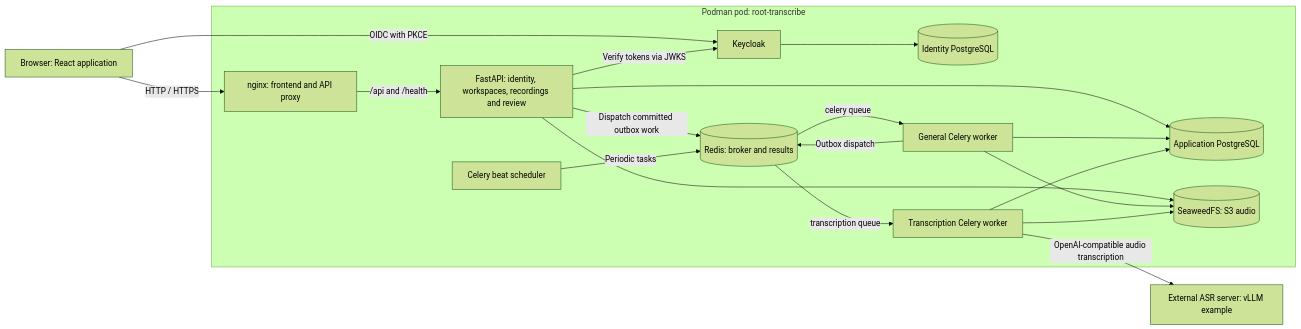
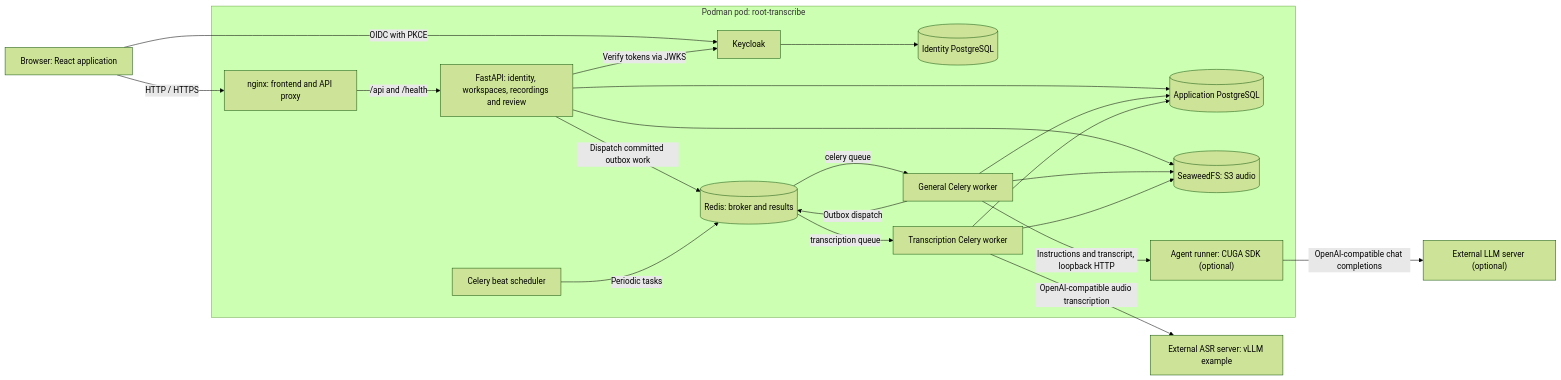
Before and after one commit to pgustafs/root-transcribe: the first of 3 diagrams in ARCHITECTURE.md, drawn with Mermaid (forest theme). The commit also changed other lines of this file and 57 other files, not shown here.

````diff
--- a/ARCHITECTURE.md
+++ b/ARCHITECTURE.md
@@ -17,34 +20,38 @@
 ```mermaid
 flowchart LR
     Browser["Browser: React application"]
     subgraph Pod["Podman pod: root-transcribe"]
         Web["nginx: frontend and API proxy"]
         API["FastAPI: identity, workspaces, recordings and review"]
         KC["Keycloak"]
         KCDB[("Identity PostgreSQL")]
         DB[("Application PostgreSQL")]
         Redis[("Redis: broker and results")]
         Main["General Celery worker"]
         STT["Transcription Celery worker"]
         Beat["Celery beat scheduler"]
         S3[("SeaweedFS: S3 audio")]
+        Agent["Agent runner: CUGA SDK (optional)"]
     end
     ASR["External ASR server: vLLM example"]
+    LLM["External LLM server (optional)"]
     Browser -->|"HTTP / HTTPS"| Web
     Browser -->|"OIDC with PKCE"| KC
     Web -->|"/api and /health"| API
     API -->|"Verify tokens via JWKS"| KC
     KC --> KCDB
     API --> DB
     API --> S3
     API -->|"Dispatch committed outbox work"| Redis
     Beat -->|"Periodic tasks"| Redis
     Redis -->|"celery queue"| Main
     Redis -->|"transcription queue"| STT
     Main --> DB
     Main --> S3
     Main -->|"Outbox dispatch"| Redis
     STT --> DB
     STT --> S3
     STT -->|"OpenAI-compatible audio transcription"| ASR
+    Main -->|"Instructions and transcript, loopback HTTP"| Agent
+    Agent -->|"OpenAI-compatible chat completions"| LLM
 ```
````
